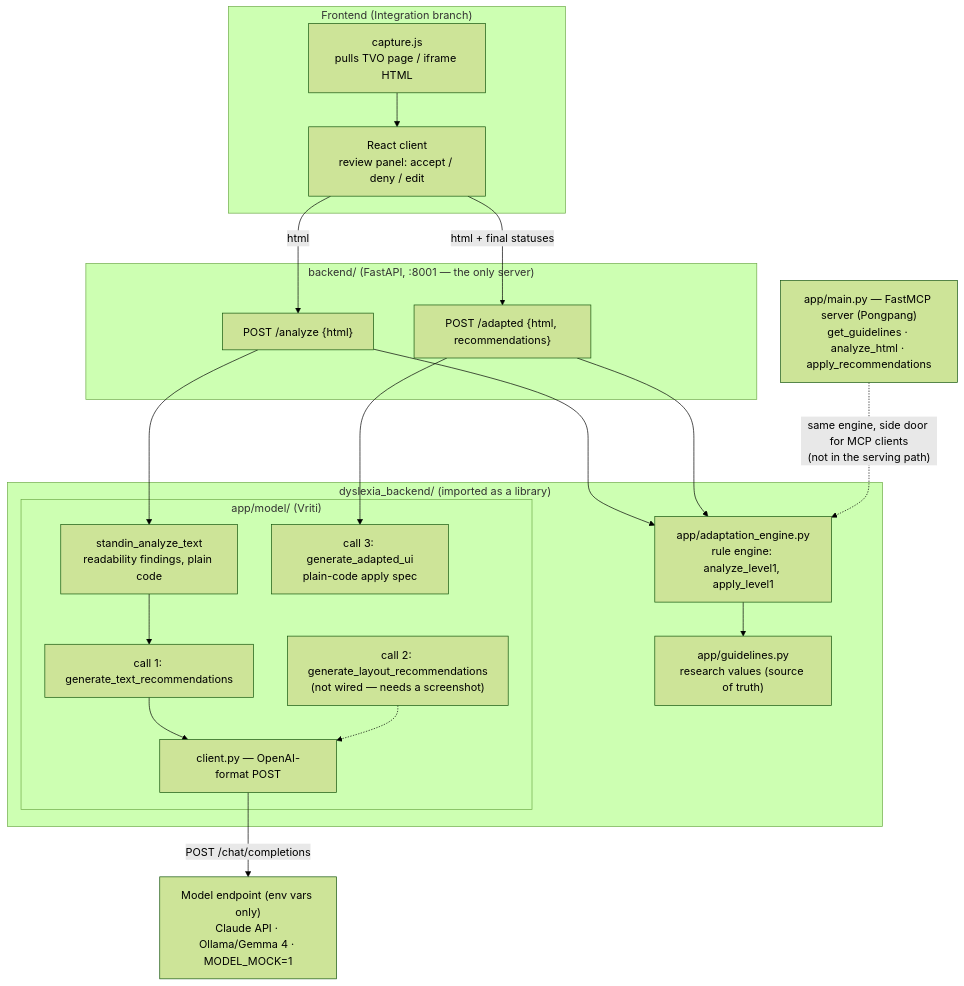
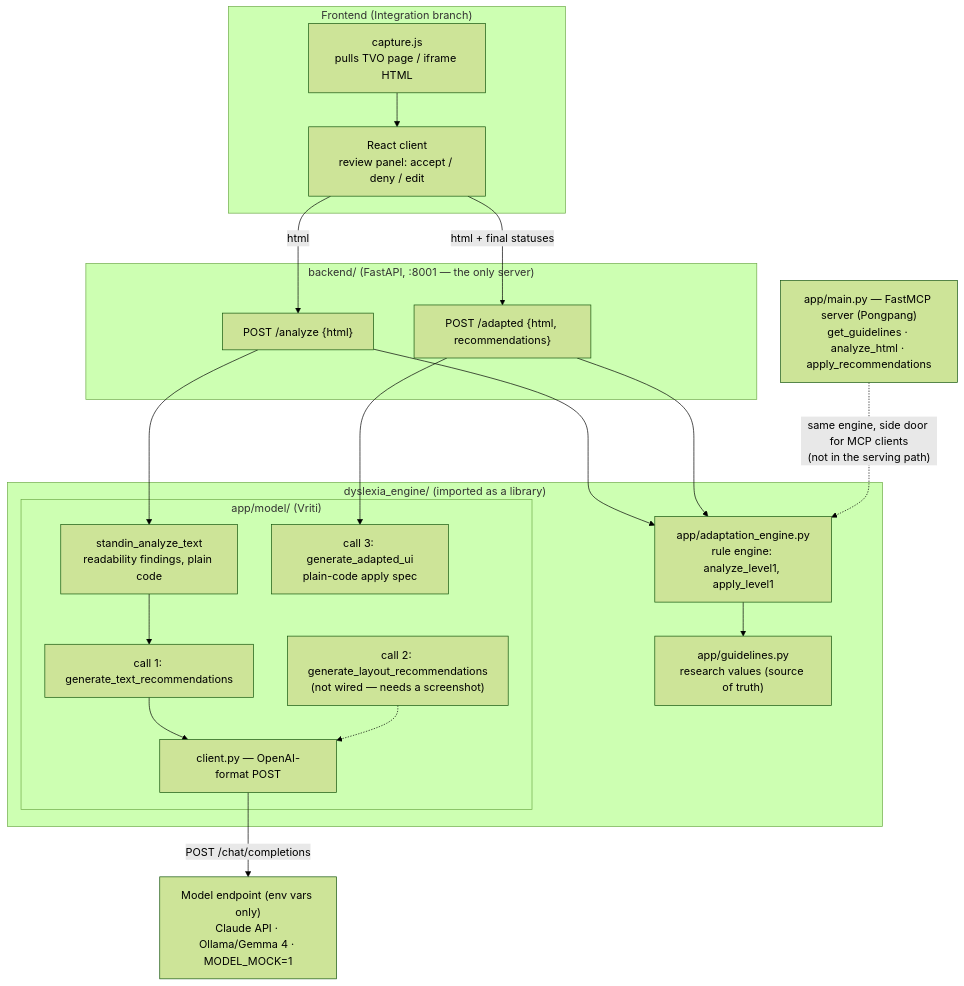
The diagram in docs/architecture.md (leajosephine12/TVO_Chameleon), drawn with Mermaid (forest theme) before and after one commit. The commit also changed other lines of this file and 53 other files, not shown here.

Commit message:
changing dyslexia_backend into dyslexia_engine to reflect role as a library better

````diff
--- a/docs/architecture.md
+++ b/docs/architecture.md
@@ -7,41 +7,41 @@
 ```mermaid
 flowchart TD
     subgraph FE["Frontend (Integration branch)"]
         CAP["capture.js<br/>pulls TVO page / iframe HTML"]
         UI["React client<br/>review panel: accept / deny / edit"]
     end
 
     subgraph BE["backend/ (FastAPI, :8001 — the only server)"]
         AN["POST /analyze {html}"]
         AD["POST /adapted {html, recommendations}"]
     end
 
-    subgraph LIB["dyslexia_backend/ (imported as a library)"]
+    subgraph LIB["dyslexia_engine/ (imported as a library)"]
         ENG["app/adaptation_engine.py<br/>rule engine: analyze_level1, apply_level1"]
         GL["app/guidelines.py<br/>research values (source of truth)"]
         subgraph ML["app/model/ (Vriti)"]
             SA["standin_analyze_text<br/>readability findings, plain code"]
             C1["call 1: generate_text_recommendations"]
             C2["call 2: generate_layout_recommendations<br/>(not wired — needs a screenshot)"]
             C3["call 3: generate_adapted_ui<br/>plain-code apply spec"]
             CL["client.py — OpenAI-format POST"]
         end
     end
 
     MODEL["Model endpoint (env vars only)<br/>Claude API · Ollama/Gemma 4 · MODEL_MOCK=1"]
 
     CAP --> UI
     UI -->|html| AN
     UI -->|html + final statuses| AD
     AN --> ENG
     AN --> SA --> C1
     AD --> ENG
     AD --> C3
     ENG --> GL
     C1 --> CL
     C2 -.-> CL
     CL -->|"POST /chat/completions"| MODEL
 
     MCP["app/main.py — FastMCP server (Pongpang)<br/>get_guidelines · analyze_html · apply_recommendations"]
     MCP -. "same engine, side door for MCP clients<br/>(not in the serving path)" .-> ENG
 ```
````
